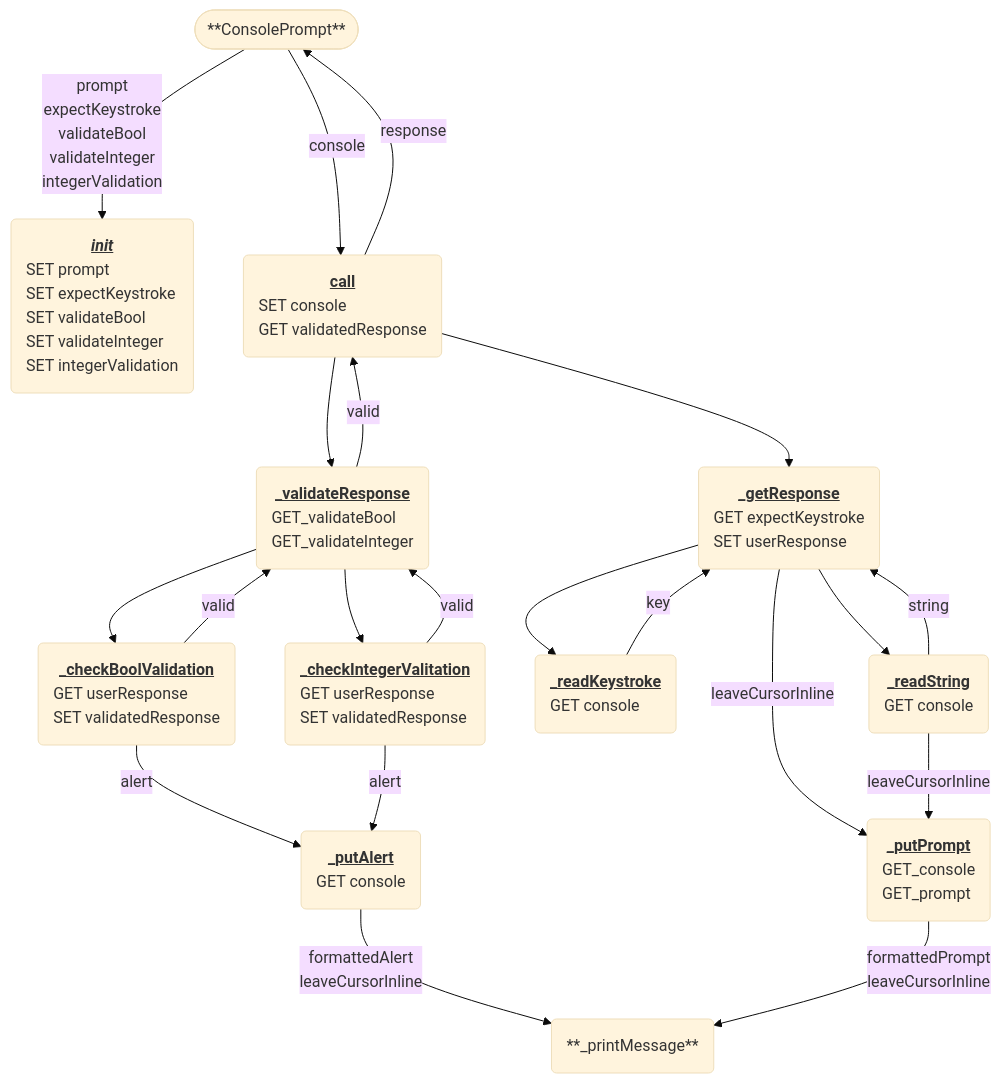
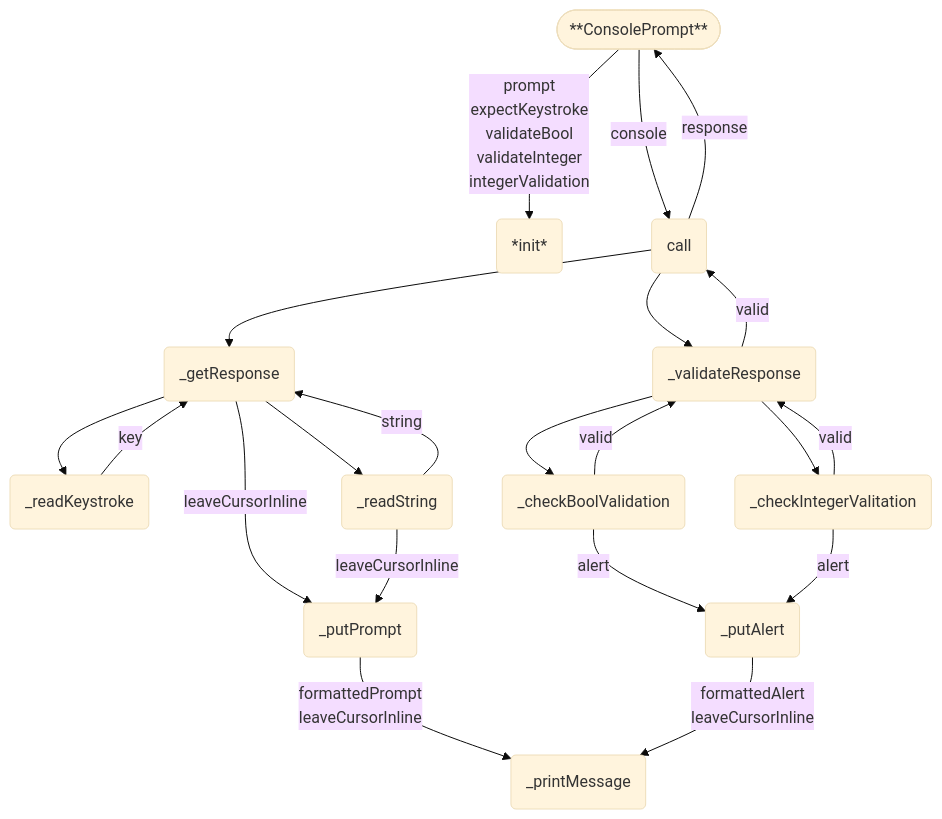
Before and after one commit to 7s4e/p3: the third of 13 diagrams in scripts/console/design.md, drawn with Mermaid (base theme).

Commit message:
refactor CP structure

````diff
--- a/scripts/console/design.md
+++ b/scripts/console/design.md
@@ -51,64 +51,41 @@
 ```mermaid
 graph TB
     MAIN([**ConsolePrompt**])
         MAIN -- prompt
                 expectKeystroke
                 validateBool
                 validateInteger
-                integerValidation 
-             --> INIT
-        MAIN -- console --> CALL
-    INIT("<b><u><i>init</i></u></b>
-          <div style='text-align:left;'>SET prompt
-                                        SET expectKeystroke
-                                        SET validateBool
-                                        SET validateInteger
-                                        SET integerValidation</div>")
-    CALL("<b><u>call</u></b>
-          <div style='text-align:left;'>SET console
-                                        GET validatedResponse</div>")
-        CALL --> GR
-        CALL --> VR
-        CALL -- response --> MAIN
-    CBV("<b><u>_checkBoolValidation</u></b>
-         <div style='text-align:left;'>GET userResponse
-                                       SET validatedResponse</div>")
-        CBV -- alert --> PA
-        CBV -- valid --> VR
-    CIV("<b><u>_checkIntegerValitation</u></b>
-         <div style='text-align:left;'>GET userResponse
-                                       SET validatedResponse</div>")
-        CIV -- alert --> PA
-        CIV -- valid --> VR
-    GR("<b><u>_getResponse</u></b>
-        <div style='text-align:left;'>GET expectKeystroke
-                                      SET userResponse</div>")
-        GR -- leaveCursorInline --> PP
-        GR --> RK
-        GR --> RS
-    PA("<b><u>_putAlert</u></b>
-        <div style='text-align:left;'>GET console</div>")
-        PA -- formattedAlert
-              leaveCursorInline
-           --> PM
-    PM(**_printMessage**)
-    PP("<b><u>_putPrompt</u>
-        </b><div style='text-align:left;'>GET_console
-                                          GET_prompt</div>")
-        PP -- formattedPrompt
-              leaveCursorInline
-           --> PM
-    RK("<b><u>_readKeystroke</u></b>
-        <div style='text-align:left;'>GET console</div>")
-        RK -- key --> GR
-    RS("<b><u>_readString</u></b>
-        <div style='text-align:left;'>GET console</div>")
-        RS -- leaveCursorInline --> PP
-        RS -- string --> GR
-    VR("<b><u>_validateResponse</u></b>
-        <div style='text-align:left;'>GET_validateBool
-                                      GET_validateInteger</div>")
-        VR --> CBV
-        VR --> CIV
-        VR -- valid --> CALL
+                integerValidation --> INIT
+        MAIN -- console           --> CALL
+        CALL -- response          --> MAIN
+    INIT(*init*)
+    CALL(call)
+        CALL          --> GRSP
+        CALL          --> VRSP
+        VRSP -- valid --> CALL
+    GRSP(_getResponse)
+        GRSP                      --> RDKY
+        RDKY -- key               --> GRSP
+        GRSP                      --> RDST
+        RDST -- string            --> GRSP
+        GRSP -- leaveCursorInline --> PUTP
+    RDKY(_readKeystroke)
+    RDST(_readString)
+        RDST -- leaveCursorInline --> PUTP
+    VRSP(_validateResponse)
+        VRSP          --> CBOL
+        CBOL -- valid --> VRSP
+        VRSP          --> CINT
+        CINT -- valid --> VRSP
+    CBOL(_checkBoolValidation)
+        CBOL -- alert --> PUTA
+    CINT(_checkIntegerValitation)
+        CINT -- alert --> PUTA
+    PUTP(_putPrompt)
+        PUTP -- formattedPrompt
+                leaveCursorInline --> PRNT
+    PUTA(_putAlert)
+        PUTA -- formattedAlert
+                leaveCursorInline --> PRNT
+    PRNT(_printMessage)
 ```
````
